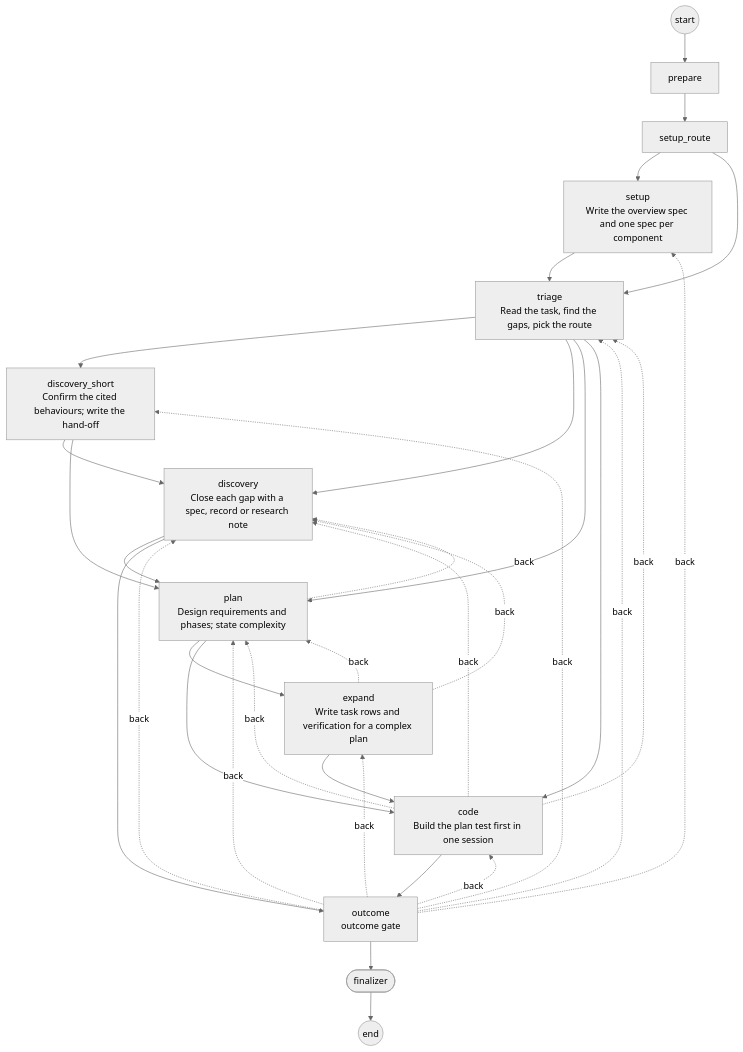
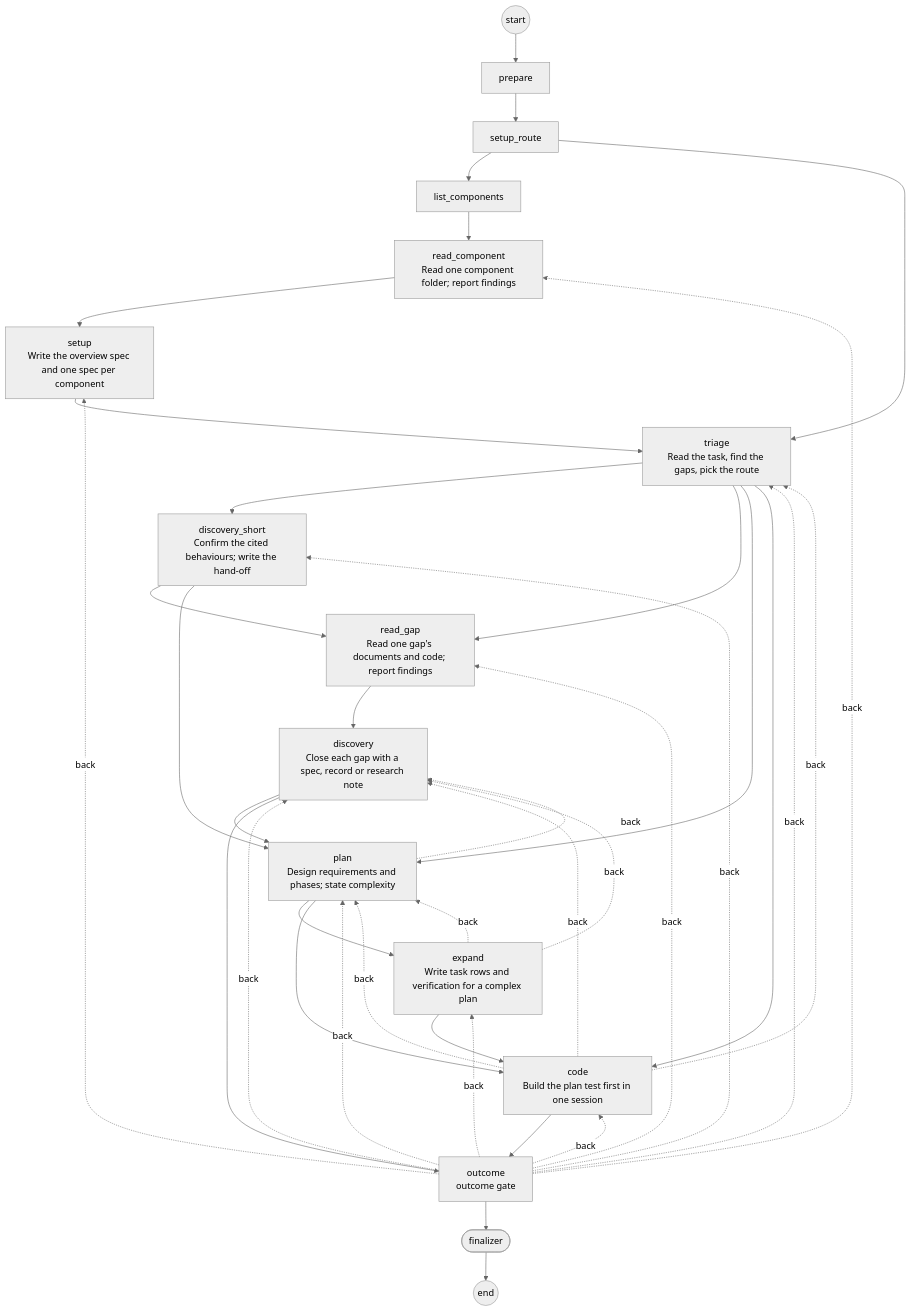
One commit to dbr0vskyi/tempergraph changed the diagram in plugins/temperspec-tgraph/diagram/workflow.md. Above: the diagram before and after it, drawn with Mermaid (neutral theme). The commit also changed 25 other files, not shown here.

````diff
--- a/plugins/temperspec-tgraph/diagram/workflow.md
+++ b/plugins/temperspec-tgraph/diagram/workflow.md
@@ -1,49 +1,57 @@
 ```mermaid
 flowchart TD
   start((start))
   u0["prepare"]
   u1["setup_route"]
-  u2["setup<br/>Write the overview spec and one spec per component"]
-  u3["triage<br/>Read the task, find the gaps, pick the route"]
-  u4["discovery_short<br/>Confirm the cited behaviours; write the hand-off"]
-  u5["discovery<br/>Close each gap with a spec, record or research note"]
-  u6["plan<br/>Design requirements and phases; state complexity"]
-  u7["expand<br/>Write task rows and verification for a complex plan"]
-  u8["code<br/>Build the plan test first in one session"]
-  u9["outcome<br/>outcome gate"]
+  u2["list_components"]
+  u3["read_component<br/>Read one component folder; report findings"]
+  u4["setup<br/>Write the overview spec and one spec per component"]
+  u5["triage<br/>Read the task, find the gaps, pick the route"]
+  u6["discovery_short<br/>Confirm the cited behaviours; write the hand-off"]
+  u7["read_gap<br/>Read one gap's documents and code; report findings"]
+  u8["discovery<br/>Close each gap with a spec, record or research note"]
+  u9["plan<br/>Design requirements and phases; state complexity"]
+  u10["expand<br/>Write task rows and verification for a complex plan"]
+  u11["code<br/>Build the plan test first in one session"]
+  u12["outcome<br/>outcome gate"]
   fin([finalizer])
   stop((end))
   start --> u0
   u0 --> u1
   u1 --> u2
-  u1 --> u3
+  u1 --> u5
   u2 --> u3
   u3 --> u4
-  u3 --> u5
-  u3 --> u6
-  u3 --> u8
   u4 --> u5
-  u4 --> u6
   u5 --> u6
+  u5 --> u7
   u5 --> u9
+  u5 --> u11
   u6 --> u7
-  u6 --> u8
-  u6 -.->|back| u5
+  u6 --> u9
   u7 --> u8
-  u7 -.->|back| u6
-  u7 -.->|back| u5
   u8 --> u9
-  u8 -.->|back| u6
-  u8 -.->|back| u5
-  u8 -.->|back| u3
-  u9 --> fin
-  u9 -.->|back| u2
-  u9 -.->|back| u3
-  u9 -.->|back| u4
-  u9 -.->|back| u5
-  u9 -.->|back| u6
-  u9 -.->|back| u7
+  u8 --> u12
+  u9 --> u10
+  u9 --> u11
   u9 -.->|back| u8
+  u10 --> u11
+  u10 -.->|back| u9
+  u10 -.->|back| u8
+  u11 --> u12
+  u11 -.->|back| u9
+  u11 -.->|back| u8
+  u11 -.->|back| u5
+  u12 --> fin
+  u12 -.->|back| u3
+  u12 -.->|back| u4
+  u12 -.->|back| u5
+  u12 -.->|back| u6
+  u12 -.->|back| u7
+  u12 -.->|back| u8
+  u12 -.->|back| u9
+  u12 -.->|back| u10
+  u12 -.->|back| u11
   fin --> stop
 
 ```
````
